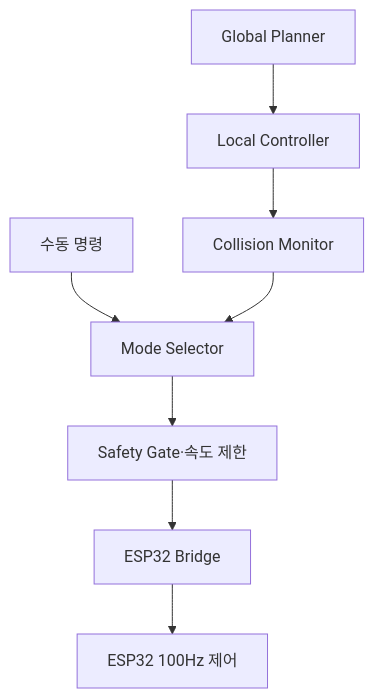
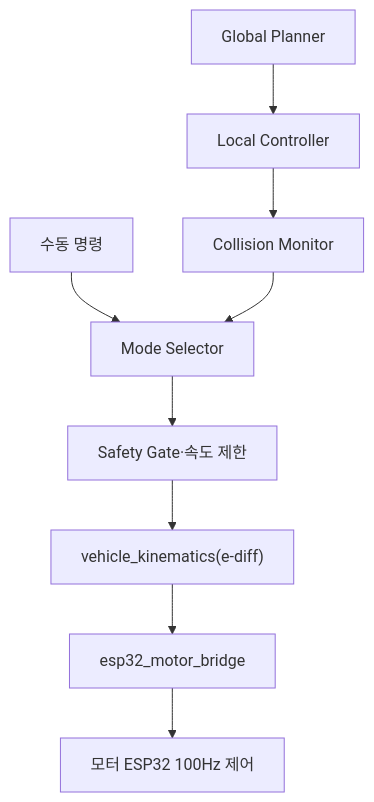
One commit to Common-AIOT/Sentinel-UGV changed the third of 8 diagrams in docs/04-자율주행-AI.md. Above: the diagram before and after it, drawn with Mermaid. The commit also changed other lines of this file and 7 other files, not shown here.

````diff
--- a/docs/04-자율주행-AI.md
+++ b/docs/04-자율주행-AI.md
@@ -307,10 +302,11 @@
 ```mermaid
 flowchart TB
     global["Global Planner"] --> local["Local Controller"]
     local --> collision["Collision Monitor"]
     manual["수동 명령"] --> selector["Mode Selector"]
     collision --> selector
     selector --> gate["Safety Gate·속도 제한"]
-    gate --> bridge["ESP32 Bridge"]
-    bridge --> esp32["ESP32 100Hz 제어"]
+    gate --> kin["vehicle_kinematics(e-diff)"]
+    kin --> bridge["esp32_motor_bridge"]
+    bridge --> esp32["모터 ESP32 100Hz 제어"]
 ```
````
